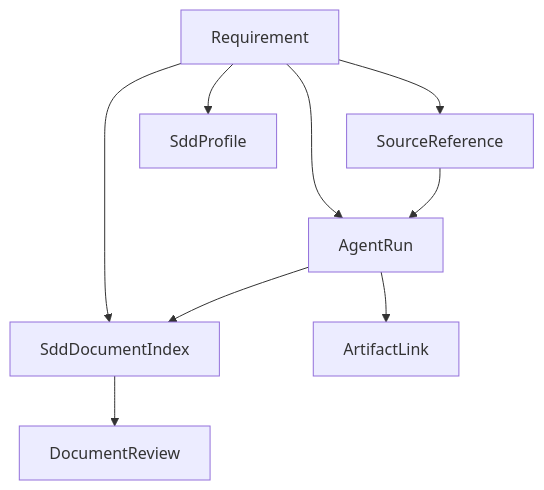
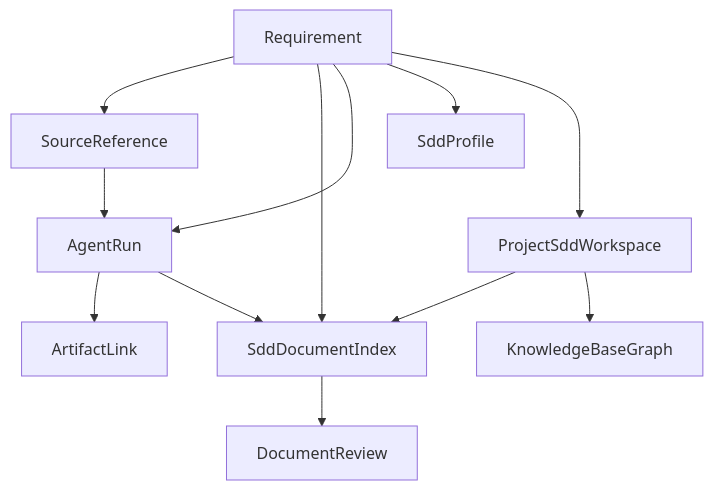
The diagram in docs/04-architecture/requirement-control-plane-data-model.md (wwa-lab/Agentic-SDLC-Control-Tower), drawn with Mermaid before and after one commit. The commit also changed other lines of this file and 15 other files, not shown here.

````diff
--- a/docs/04-architecture/requirement-control-plane-data-model.md
+++ b/docs/04-architecture/requirement-control-plane-data-model.md
@@ -10,19 +10,24 @@
 ```mermaid
 graph TD
     REQ["Requirement"]
     SRC["SourceReference"]
     DOC["SddDocumentIndex"]
     REV["DocumentReview"]
     RUN["AgentRun"]
     ART["ArtifactLink"]
     PROF["SddProfile"]
+    WS["ProjectSddWorkspace"]
+    KG["KnowledgeBaseGraph"]
 
     REQ --> SRC
     REQ --> DOC
     REQ --> RUN
     REQ --> PROF
+    REQ --> WS
+    WS --> DOC
+    WS --> KG
     DOC --> REV
     RUN --> ART
     RUN --> DOC
     SRC --> RUN
 ```
````
